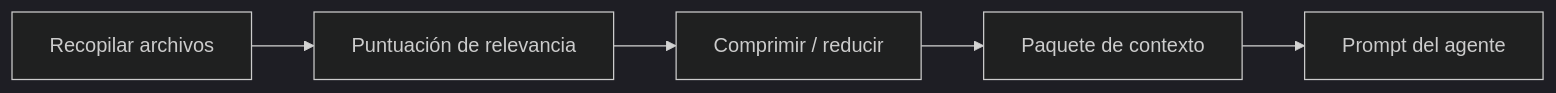
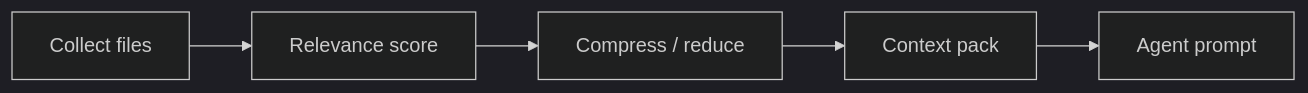
Before and after one commit to LaProgrammerie/asagiri: the diagram in docs-site/content/docs/es/cost-performance/context-optimization.mdx, drawn with Mermaid (dark theme). The commit also changed other lines of this file and 148 other files, not shown here.

````diff
--- a/docs-site/content/docs/es/cost-performance/context-optimization.mdx
+++ b/docs-site/content/docs/es/cost-performance/context-optimization.mdx
@@ -12,7 +12,7 @@
 ```mermaid
 flowchart LR
-  C[Recopilar archivos] --> R[Puntuación de relevancia]
-  R --> X[Comprimir / reducir]
-  X --> P[Paquete de contexto]
-  P --> A[Prompt del agente]
+  C[Collect files] --> R[Relevance score]
+  R --> X[Compress / reduce]
+  X --> P[Context pack]
+  P --> A[Agent prompt]
 ```
````
